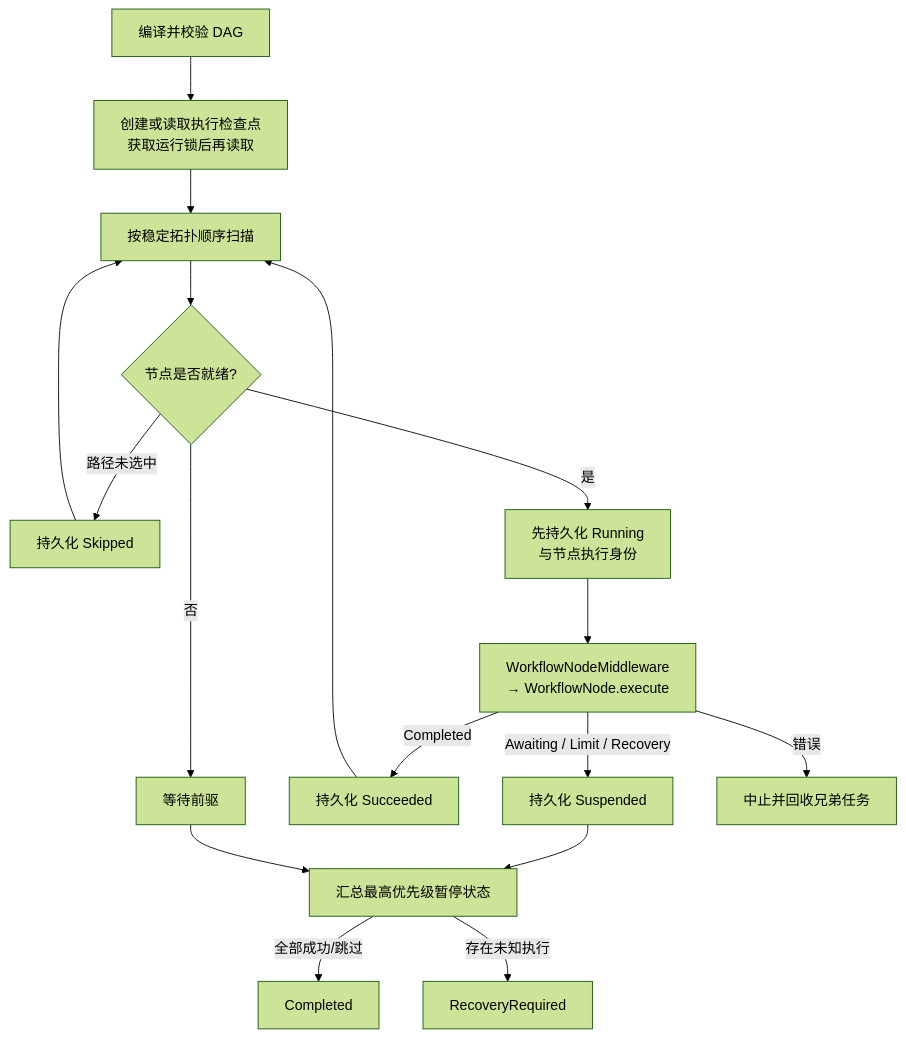
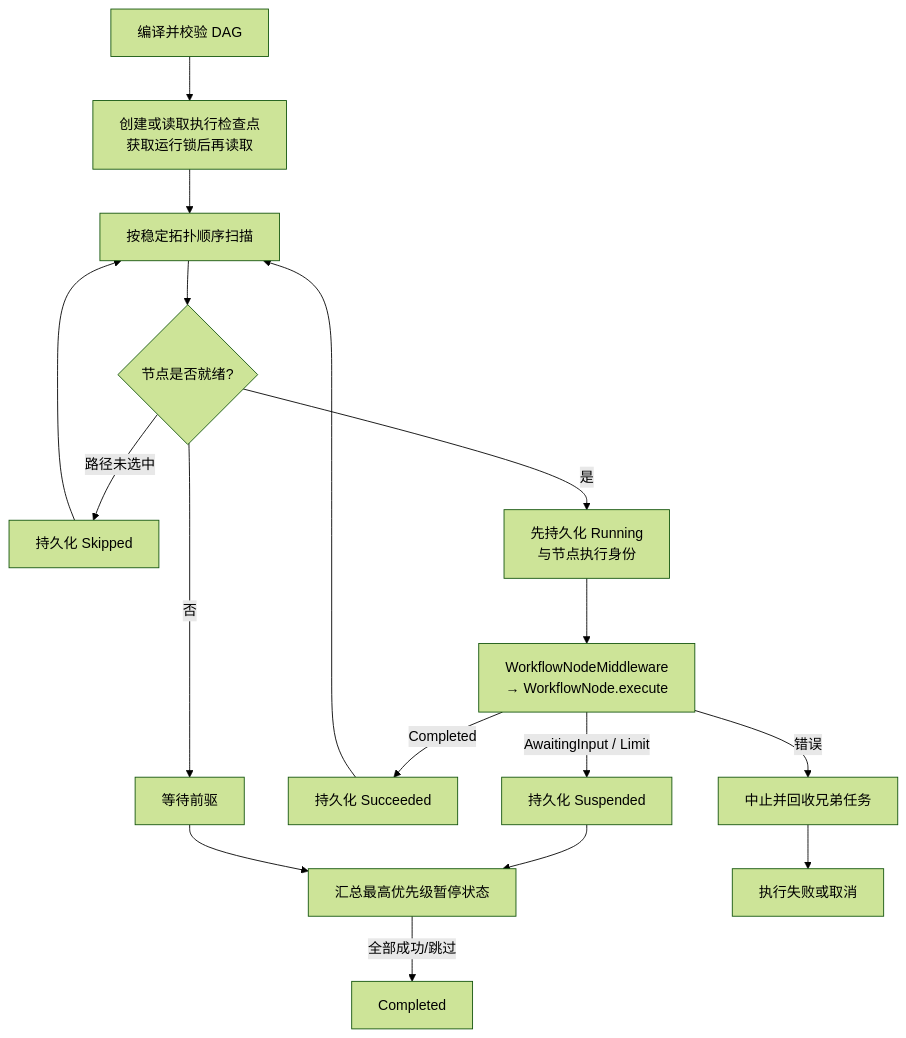
One commit to Penglai-Link/eliteforge-agent-framework changed the ninth of 16 diagrams in docs/architecture.md. Above: the diagram before and after it, drawn with Mermaid (forest theme). The commit also changed other lines of this file and 28 other files, not shown here.

````diff
--- a/docs/architecture.md
+++ b/docs/architecture.md
@@ -392,19 +320,19 @@
 ```mermaid
 flowchart TD
     Start[编译并校验 DAG] --> Lease[创建或读取执行检查点<br/>获取运行锁后再读取]
     Lease --> Scan[按稳定拓扑顺序扫描]
     Scan --> Ready{节点是否就绪?}
     Ready -->|否| Wait[等待前驱]
     Ready -->|路径未选中| Skip[持久化 Skipped]
     Ready -->|是| Intent[先持久化 Running<br/>与节点执行身份]
     Intent --> Node[WorkflowNodeMiddleware<br/>→ WorkflowNode.execute]
     Node -->|Completed| Success[持久化 Succeeded]
-    Node -->|Awaiting / Limit / Recovery| Suspend[持久化 Suspended]
+    Node -->|AwaitingInput / Limit| Suspend[持久化 Suspended]
     Node -->|错误| Abort[中止并回收兄弟任务]
     Success --> Scan
     Suspend --> Result[汇总最高优先级暂停状态]
     Skip --> Scan
     Wait --> Result
     Result -->|全部成功/跳过| Done[Completed]
-    Result -->|存在未知执行| Recovery[RecoveryRequired]
+    Abort --> Failed[执行失败或取消]
 ```
````
